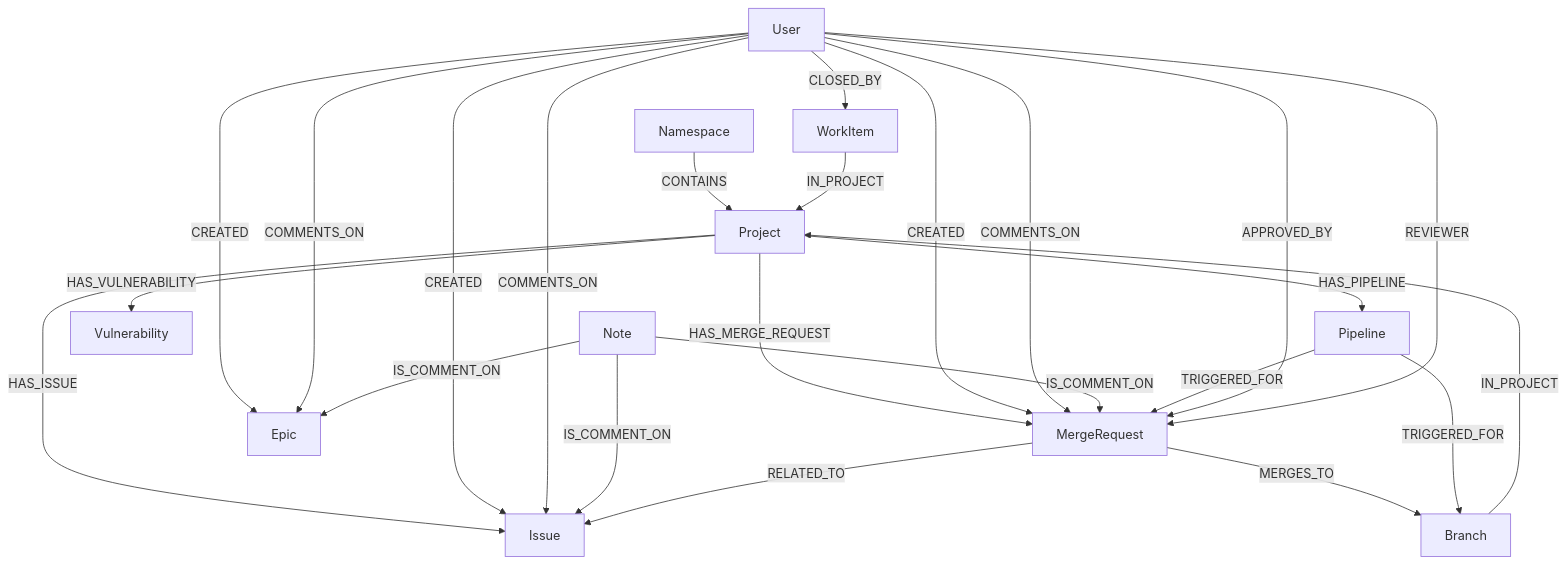
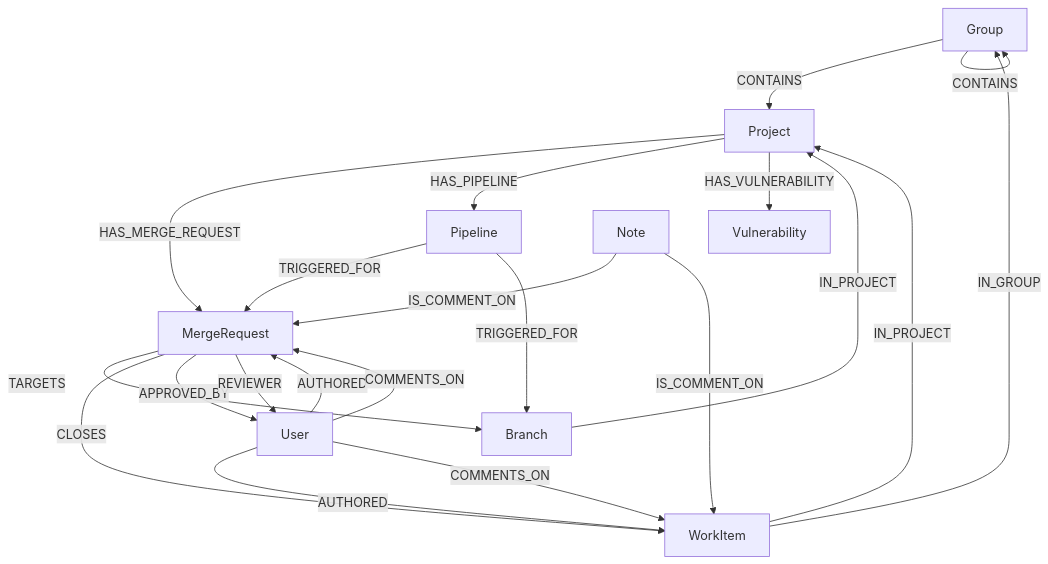
Before and after one commit to gitlabhq/orbit-knowledge-graph: the first of 2 diagrams in docs/design-documents/data_model.md, drawn with Mermaid. The commit also changed other lines of this file and 5 other files, not shown here.

Commit message:
docs: update design docs to match current architecture

````diff
--- a/docs/design-documents/data_model.md
+++ b/docs/design-documents/data_model.md
@@ -50,29 +60,26 @@
 ```mermaid
 graph TD
-    Namespace -- CONTAINS --> Project
-    Project -- HAS_ISSUE --> Issue
+    Group -- CONTAINS --> Project
+    Group -- CONTAINS --> Group
     Project -- HAS_MERGE_REQUEST --> MergeRequest
     Project -- HAS_PIPELINE --> Pipeline
     Project -- HAS_VULNERABILITY --> Vulnerability
     Branch -- IN_PROJECT --> Project
 
-    User -- CREATED --> Issue
-    User -- CREATED --> MergeRequest
-    User -- CREATED --> Epic
-    User -- COMMENTS_ON --> Issue
+    User -- AUTHORED --> MergeRequest
+    User -- AUTHORED --> WorkItem
     User -- COMMENTS_ON --> MergeRequest
-    User -- COMMENTS_ON --> Epic
-    Note -- IS_COMMENT_ON --> Issue
+    User -- COMMENTS_ON --> WorkItem
     Note -- IS_COMMENT_ON --> MergeRequest
-    Note -- IS_COMMENT_ON --> Epic
+    Note -- IS_COMMENT_ON --> WorkItem
 
-    MergeRequest -- MERGES_TO --> Branch
-    MergeRequest -- RELATED_TO --> Issue
+    MergeRequest -- TARGETS --> Branch
+    MergeRequest -- CLOSES --> WorkItem
     Pipeline -- TRIGGERED_FOR --> MergeRequest
     Pipeline -- TRIGGERED_FOR --> Branch
 
     WorkItem -- IN_PROJECT --> Project
-    User -- CLOSED_BY --> WorkItem
-    User -- APPROVED_BY --> MergeRequest
-    User -- REVIEWER --> MergeRequest
+    WorkItem -- IN_GROUP --> Group
+    MergeRequest -- APPROVED_BY --> User
+    MergeRequest -- REVIEWER --> User
 ```
````
